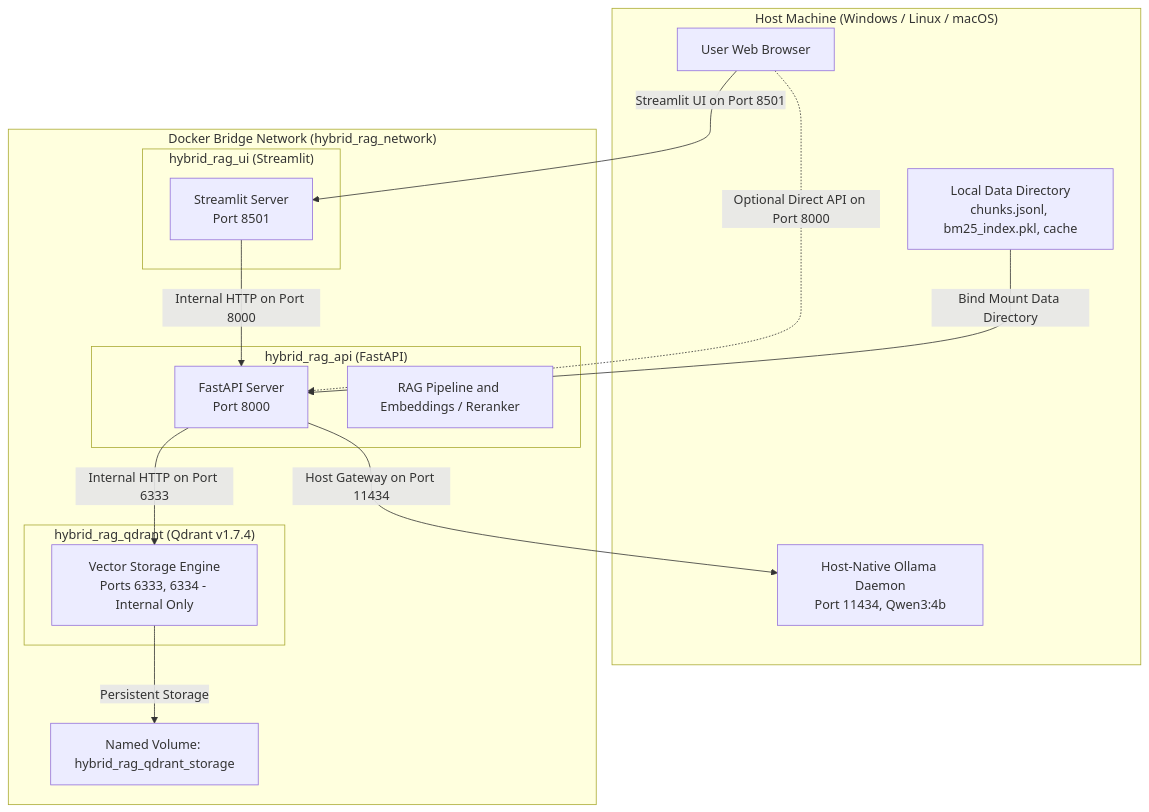
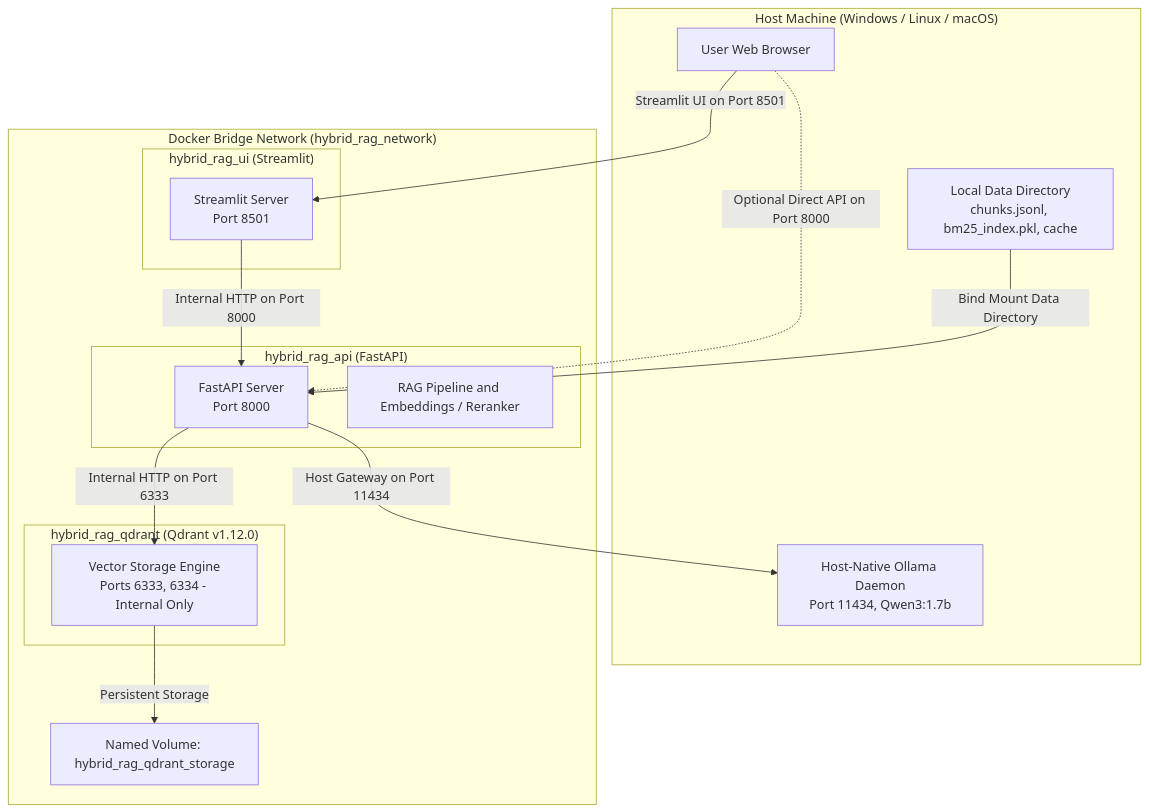
The second of 2 diagrams in README.md (sujayghosh13/hybrid-agentic-rag), drawn with Mermaid before and after one commit. The commit also changed other lines of this file, not shown here.

Commit message:
docs: update README with Qwen3:1.7b, synthesis safeguards, and stress-test benchmarks

````diff
--- a/README.md
+++ b/README.md
@@ -93,35 +93,35 @@
 ```mermaid
 flowchart TB
     subgraph Host ["Host Machine (Windows / Linux / macOS)"]
         Browser["User Web Browser"]
-        OllamaDaemon["Host-Native Ollama Daemon<br/>Port 11434, Qwen3:4b"]
+        OllamaDaemon["Host-Native Ollama Daemon<br/>Port 11434, Qwen3:1.7b"]
         HostData["Local Data Directory<br/>chunks.jsonl, bm25_index.pkl, cache"]
     end
 
     subgraph DockerNetwork ["Docker Bridge Network (hybrid_rag_network)"]
         subgraph StreamlitContainer ["hybrid_rag_ui (Streamlit)"]
             StreamlitApp["Streamlit Server<br/>Port 8501"]
         end
 
         subgraph FastAPIContainer ["hybrid_rag_api (FastAPI)"]
             FastAPIApp["FastAPI Server<br/>Port 8000"]
             RAGCore["RAG Pipeline and Embeddings / Reranker"]
         end
 
-        subgraph QdrantContainer ["hybrid_rag_qdrant (Qdrant v1.7.4)"]
+        subgraph QdrantContainer ["hybrid_rag_qdrant (Qdrant v1.12.0)"]
             QdrantEngine["Vector Storage Engine<br/>Ports 6333, 6334 - Internal Only"]
         end
 
         QdrantVol["Named Volume: hybrid_rag_qdrant_storage"]
     end
 
     Browser -->|Streamlit UI on Port 8501| StreamlitApp
     Browser -. Optional Direct API on Port 8000 .-> FastAPIApp
 
     StreamlitApp -->|Internal HTTP on Port 8000| FastAPIApp
     FastAPIApp -->|Internal HTTP on Port 6333| QdrantEngine
     QdrantEngine -->|Persistent Storage| QdrantVol
     HostData -->|Bind Mount Data Directory| FastAPIApp
 
     FastAPIApp -->|Host Gateway on Port 11434| OllamaDaemon
 ```
````
